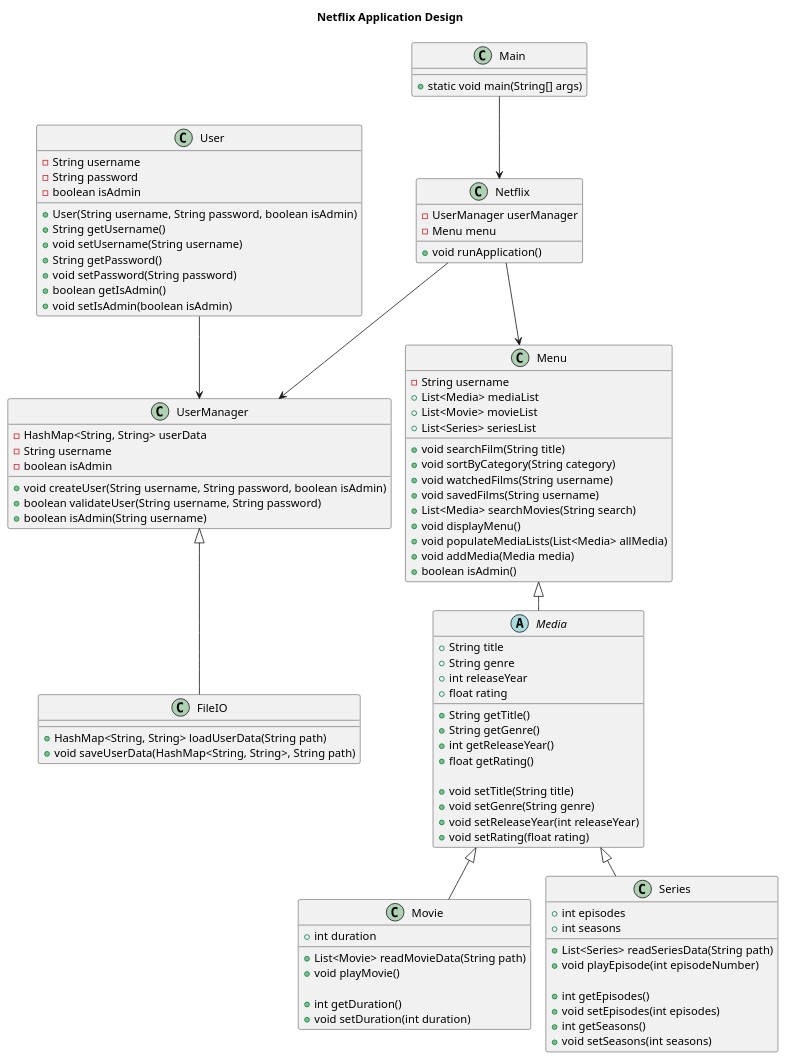
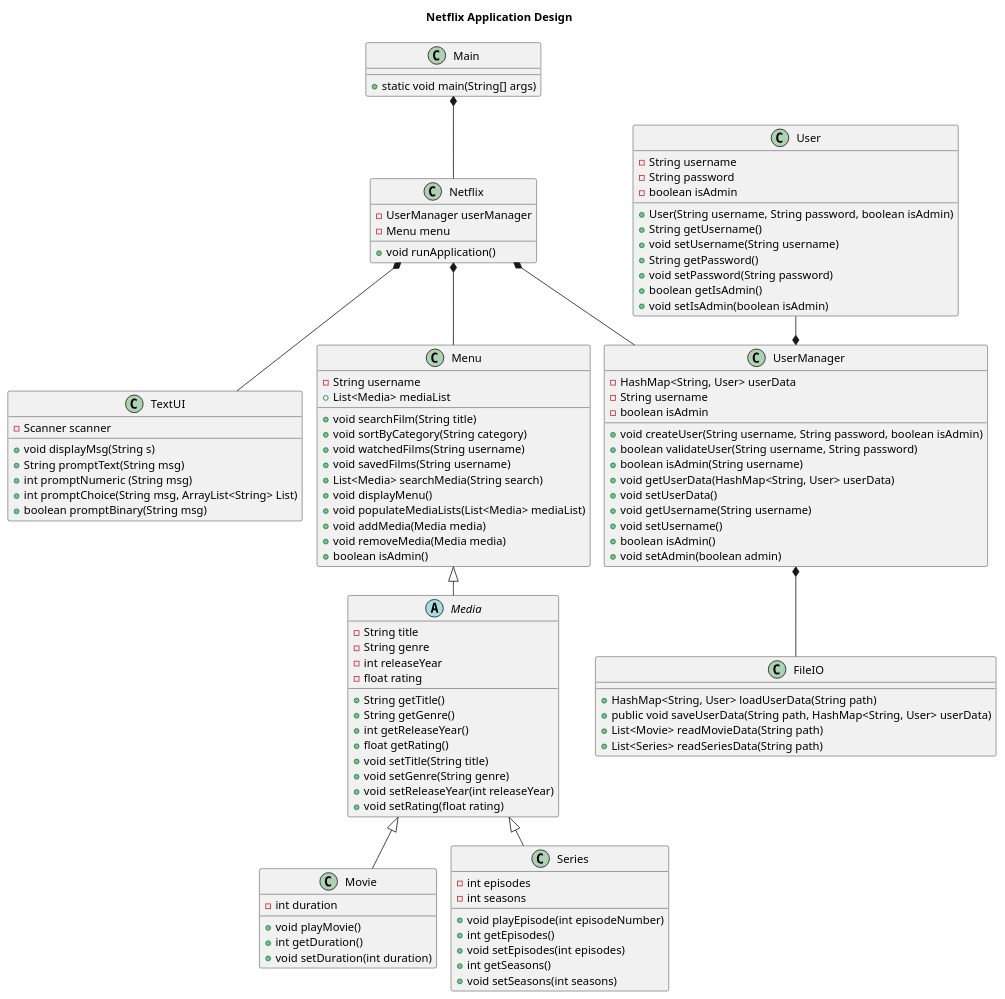
Before and after one commit to MarcusPFF/SP3-StreamingServiceProject: the diagram in doc/classDiagram/classDiagram.puml, drawn with PlantUML. The commit also changed 9 other files, not shown here.

Commit message:
updates to classes and classDiagram. Almost all classes have the correct structure now. FileIO needs fine-tuning and so does the abstract media class.

```diff
--- a/doc/classDiagram/classDiagram.puml
+++ b/doc/classDiagram/classDiagram.puml
@@ -1,123 +1,118 @@
 @startuml
 !pragma layout smetana
 title Netflix Application Design
 
-' Hovedklasse
 class Main {
     + static void main(String[] args)
 }
 
-Main --> Netflix
+Main *-- Netflix
 
-' Netflix System
 class Netflix {
     - UserManager userManager
     - Menu menu
-
     + void runApplication()
 }
 
-Netflix --> UserManager
-Netflix --> Menu
-User --> UserManager
-' User Management
+Netflix *-- TextUI
+
+class TextUI {
+- Scanner scanner
+
++ void displayMsg(String s)
++ String promptText(String msg)
++ int promptNumeric (String msg)
++ int promptChoice(String msg, ArrayList<String> List)
++ boolean promptBinary(String msg)
+
+}
+Netflix *-- UserManager
+Netflix *-- Menu
+User --* UserManager
+
 class UserManager {
-    - HashMap<String, String> userData
+    - HashMap<String, User> userData
     - String username
     - boolean isAdmin
-
     + void createUser(String username, String password, boolean isAdmin)
     + boolean validateUser(String username, String password)
     + boolean isAdmin(String username)
+    + void getUserData(HashMap<String, User> userData)
+    + void setUserData()
+    + void getUsername(String username)
+    + void setUsername()
+    + boolean isAdmin()
+    + void setAdmin(boolean admin)
 }
 
-' User class to store user details, now within UserManager
 class User {
     - String username
     - String password
     - boolean isAdmin
-
     + User(String username, String password, boolean isAdmin)
     + String getUsername()
     + void setUsername(String username)
     + String getPassword()
     + void setPassword(String password)
     + boolean getIsAdmin()
     + void setIsAdmin(boolean isAdmin)
 }
 
-UserManager <|-- FileIO
+UserManager *-- FileIO
 
 class FileIO {
-    + HashMap<String, String> loadUserData(String path)
-    + void saveUserData(HashMap<String, String>, String path)
+    + HashMap<String, User> loadUserData(String path)
+    + public void saveUserData(String path, HashMap<String, User> userData)
+    + List<Movie> readMovieData(String path)
+    + List<Series> readSeriesData(String path)
+
 }
 
-' Menu and Media
-class Menu {
+class Menu{
     - String username
     + List<Media> mediaList
-    + List<Movie> movieList
-    + List<Series> seriesList
-
     + void searchFilm(String title)
     + void sortByCategory(String category)
     + void watchedFilms(String username)
     + void savedFilms(String username)
-    + List<Media> searchMovies(String search)
+    + List<Media> searchMedia(String search)
     + void displayMenu()
-    ' Method to populate lists for movies and series
-    + void populateMediaLists(List<Media> allMedia)
-    ' Method to add media if user is admin
+    + void populateMediaLists(List<Media> mediaList)
     + void addMedia(Media media)
-    ' Check if the current user is an admin
+    + void removeMedia(Media media)
     + boolean isAdmin()
 }
 
-Menu <|-- Media
-
-abstract class Media {
-    + String title
-    + String genre
-    + int releaseYear
-    + float rating
-
+abstract class Media extends Menu {
+    - String title
+    - String genre
+    - int releaseYear
+    - float rating
     + String getTitle()
     + String getGenre()
     + int getReleaseYear()
     + float getRating()
-
     + void setTitle(String title)
     + void setGenre(String genre)
     + void setReleaseYear(int releaseYear)
     + void setRating(float rating)
 }
 
-' Specific Media Types
-class Movie {
-    + int duration
-    + List<Movie> readMovieData(String path)
+class Movie extends Media {
+    - int duration
     + void playMovie()
-
-    ' Getters and Setters for Movie attributes
     + int getDuration()
     + void setDuration(int duration)
 }
 
-class Series {
-    + int episodes
-    + int seasons
-    + List<Series> readSeriesData(String path)
+class Series extends Media{
+    - int episodes
+    - int seasons
     + void playEpisode(int episodeNumber)
-
-    ' Getters and Setters for Series attributes
     + int getEpisodes()
     + void setEpisodes(int episodes)
     + int getSeasons()
     + void setSeasons(int seasons)
 }
 
-Media <|-- Movie
-Media <|-- Series
-
 @enduml
```
